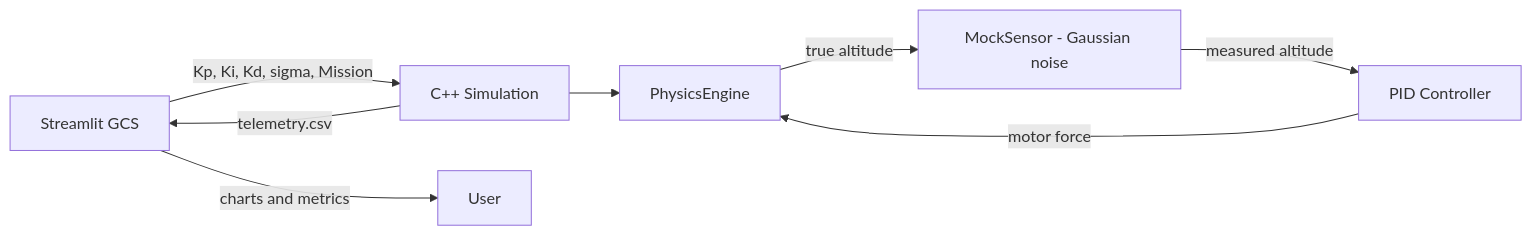
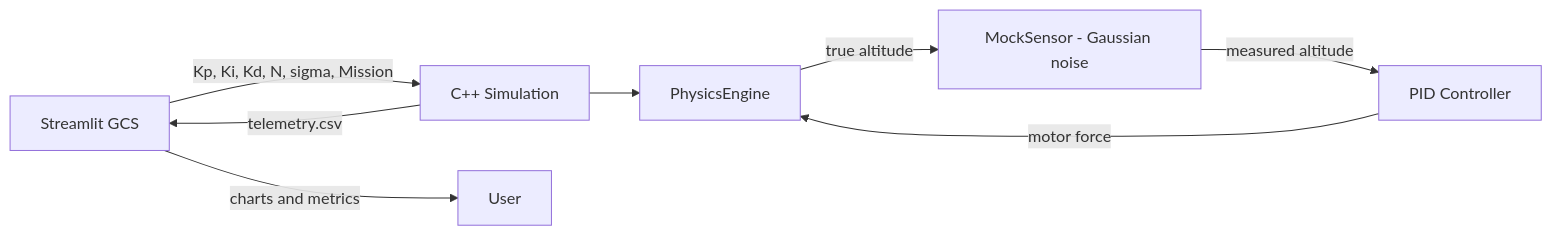
One commit to OrtizDiego/AeroStream changed the diagram in README.md. Above: the diagram before and after it, drawn with Mermaid. The commit also changed other lines of this file and 12 other files, not shown here.

````diff
--- a/README.md
+++ b/README.md
@@ -17,10 +17,10 @@
 ```mermaid
 graph LR
-    A[Streamlit GCS] -- "Kp, Ki, Kd, sigma, Mission" --> B[C++ Simulation]
+    A[Streamlit GCS] -- "Kp, Ki, Kd, N, sigma, Mission" --> B[C++ Simulation]
     B --> C[PhysicsEngine]
     C -- "true altitude" --> D[MockSensor - Gaussian noise]
     D -- "measured altitude" --> E[PID Controller]
     E -- "motor force" --> C
     B -- "telemetry.csv" --> A
     A -- "charts and metrics" --> User
 ```
````
